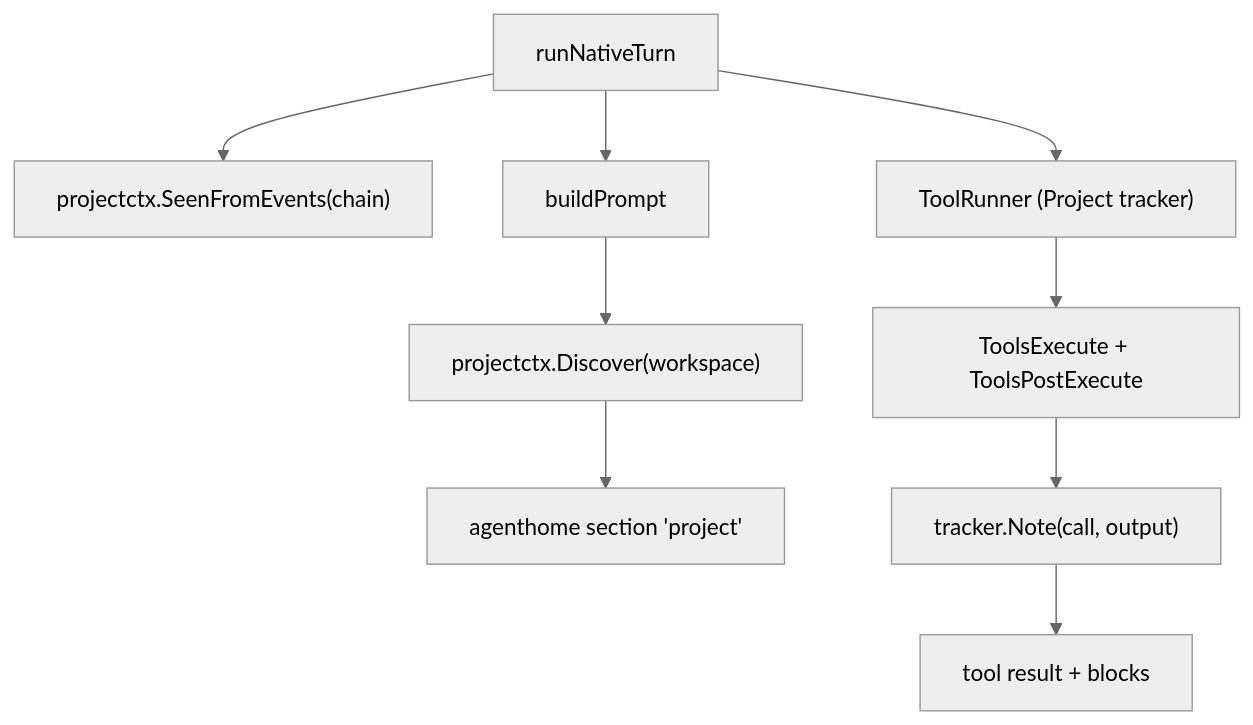
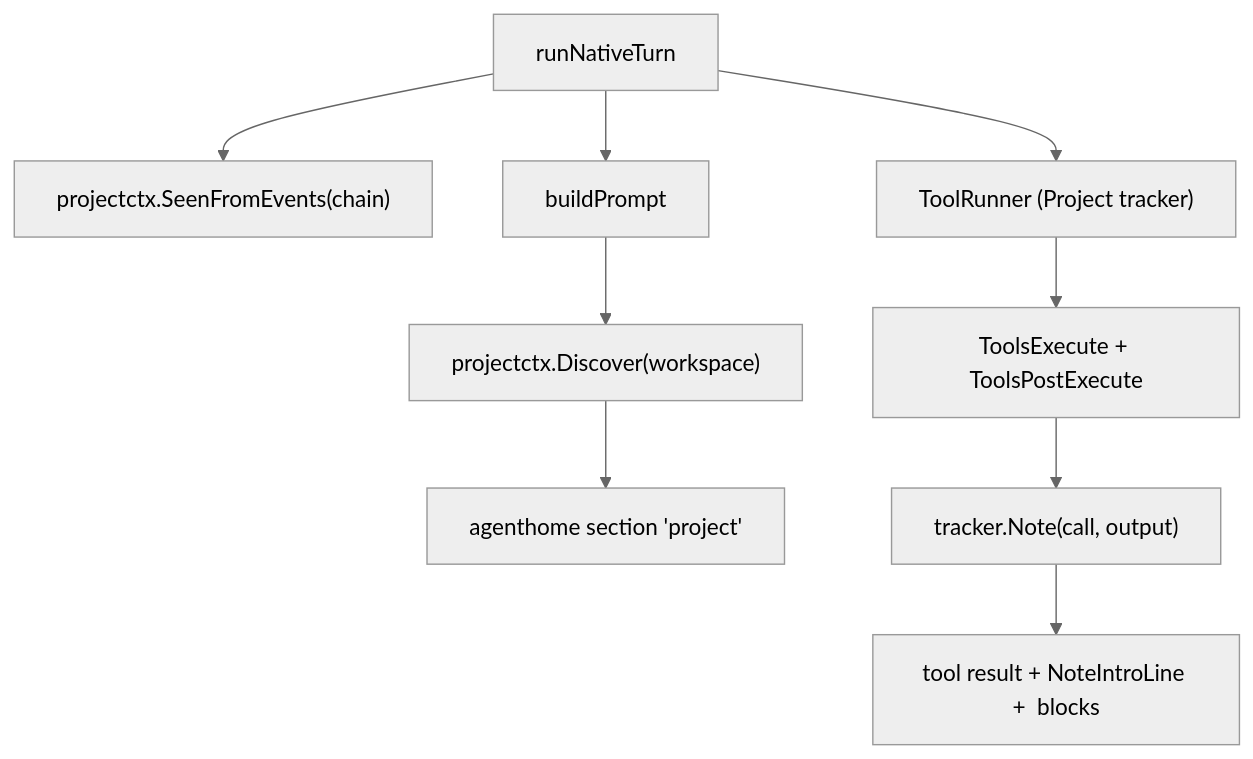
Before and after one commit to ridhomujizat/lana-harness: the diagram in docs/specs/64-project-context-files/design.md, drawn with Mermaid (neutral theme). The commit also changed other lines of this file and 4 other files, not shown here.

First line of the commit message:
fix(projectctx): intro line before project context in tool results (spec 64)

````diff
--- a/docs/specs/64-project-context-files/design.md
+++ b/docs/specs/64-project-context-files/design.md
@@ -10,8 +10,8 @@
 ```mermaid
 flowchart TD
   Turn["runNativeTurn"] --> Seen["projectctx.SeenFromEvents(chain)"]
   Turn --> Prompt["buildPrompt"] --> Disc["projectctx.Discover(workspace)"] --> Sec["agenthome section 'project'"]
   Turn --> TR["ToolRunner (Project tracker)"]
   TR --> Exec["ToolsExecute + ToolsPostExecute"] --> Note["tracker.Note(call, output)"]
-  Note --> Out["tool result + <project-context> blocks"]
+  Note --> Out["tool result + NoteIntroLine + <project-context> blocks"]
 ```
````
